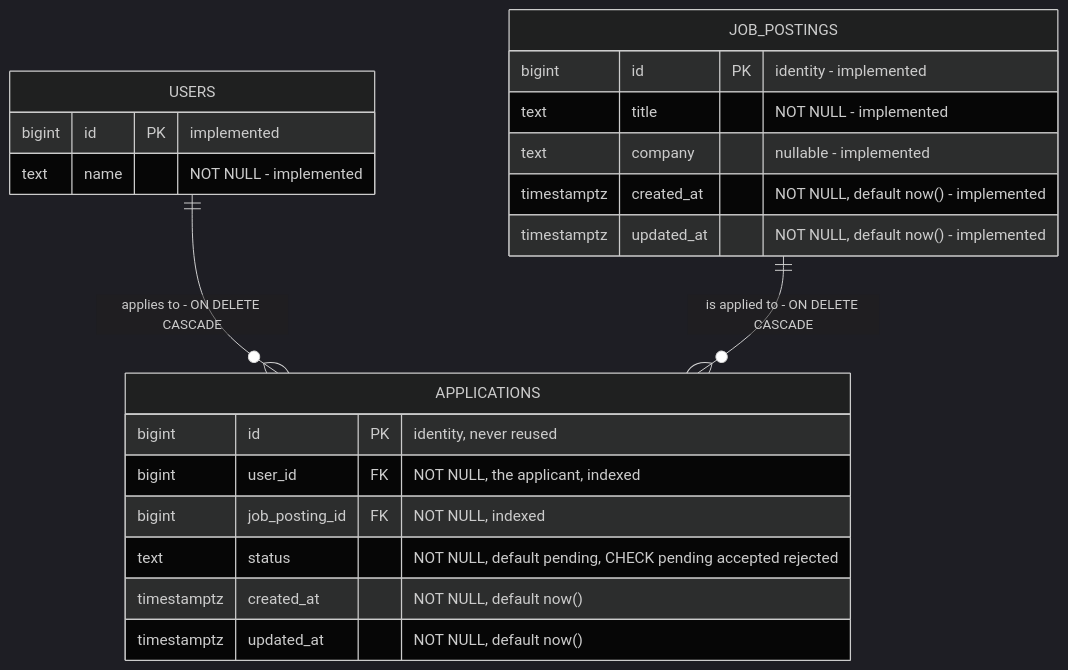
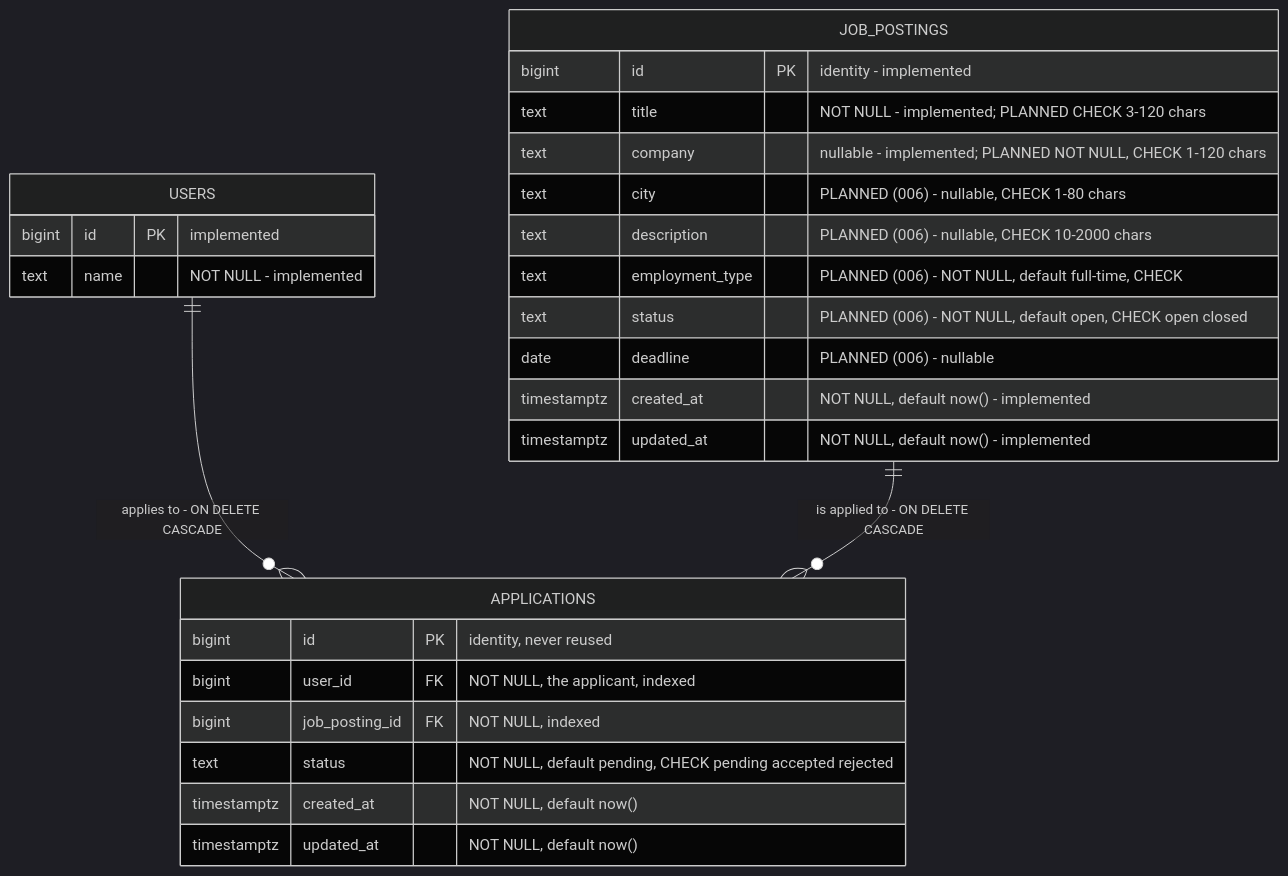
Before and after one commit to AymanTalal/alumni: the third of 3 diagrams in ddd.md, drawn with Mermaid (dark theme). The commit also changed other lines of this file and 45 other files, not shown here.

````diff
--- a/ddd.md
+++ b/ddd.md
@@ -243,24 +289,29 @@
 ```mermaid
 erDiagram
     USERS {
         bigint id PK "implemented"
         text name "NOT NULL - implemented"
     }
     JOB_POSTINGS {
         bigint id PK "identity - implemented"
-        text title "NOT NULL - implemented"
-        text company "nullable - implemented"
+        text title "NOT NULL - implemented; PLANNED CHECK 3-120 chars"
+        text company "nullable - implemented; PLANNED NOT NULL, CHECK 1-120 chars"
+        text city "PLANNED (006) - nullable, CHECK 1-80 chars"
+        text description "PLANNED (006) - nullable, CHECK 10-2000 chars"
+        text employment_type "PLANNED (006) - NOT NULL, default full-time, CHECK"
+        text status "PLANNED (006) - NOT NULL, default open, CHECK open closed"
+        date deadline "PLANNED (006) - nullable"
         timestamptz created_at "NOT NULL, default now() - implemented"
         timestamptz updated_at "NOT NULL, default now() - implemented"
     }
     APPLICATIONS {
         bigint id PK "identity, never reused"
         bigint user_id FK "NOT NULL, the applicant, indexed"
         bigint job_posting_id FK "NOT NULL, indexed"
         text status "NOT NULL, default pending, CHECK pending accepted rejected"
         timestamptz created_at "NOT NULL, default now()"
         timestamptz updated_at "NOT NULL, default now()"
     }
     USERS ||--o{ APPLICATIONS : "applies to - ON DELETE CASCADE"
     JOB_POSTINGS ||--o{ APPLICATIONS : "is applied to - ON DELETE CASCADE"
 ```
````
